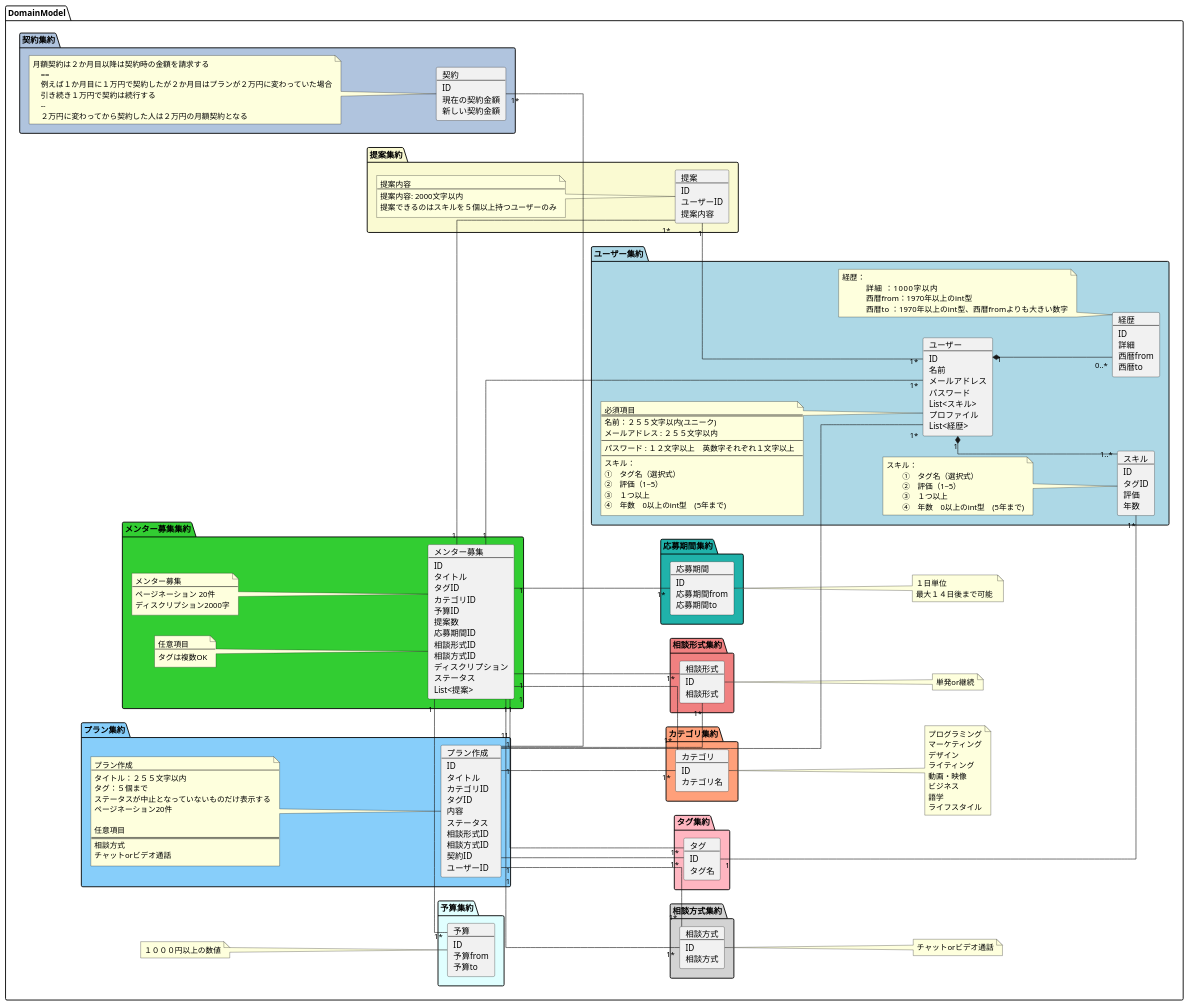
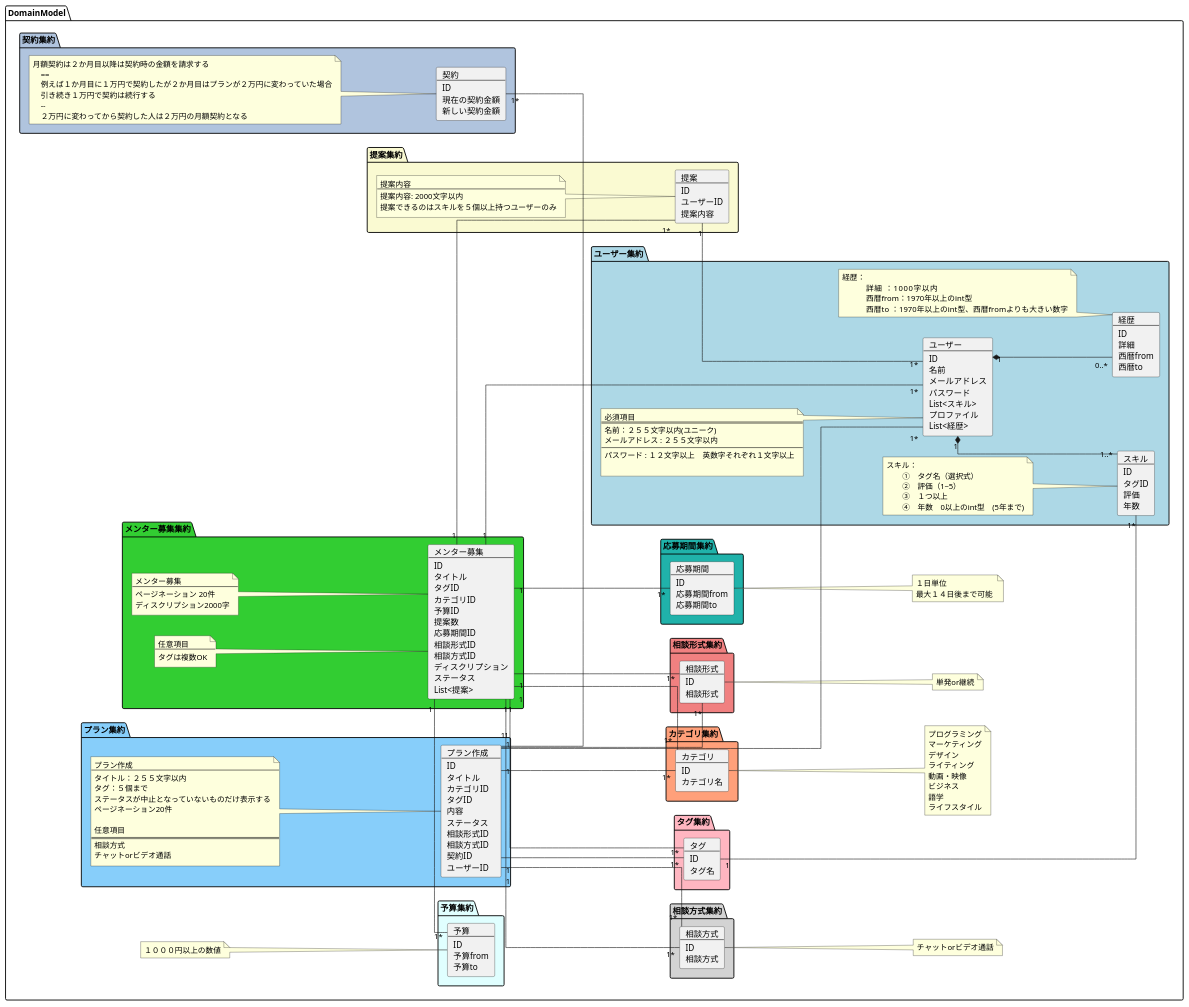
One commit to FUJI0130/curriculum changed the diagram in domain_model.pu. Above: the diagram before and after it, drawn with PlantUML.

Commit message:
ユーザー集約のスキルについてのコメントがダブってたので削除

```diff
--- a/domain_model.pu
+++ b/domain_model.pu
@@ -175,12 +175,7 @@
             メールアドレス : ２５５文字以内
             --
             パスワード : １２文字以上　英数字それぞれ１文字以上
-            --
-            スキル：
-            ①　タグ名（選択式）
-            ②　評価（1~5）
-            ③　１つ以上
-            ④　年数　0以上のint型　(5年まで)
+
         end note
 
         note left of 経歴
```
